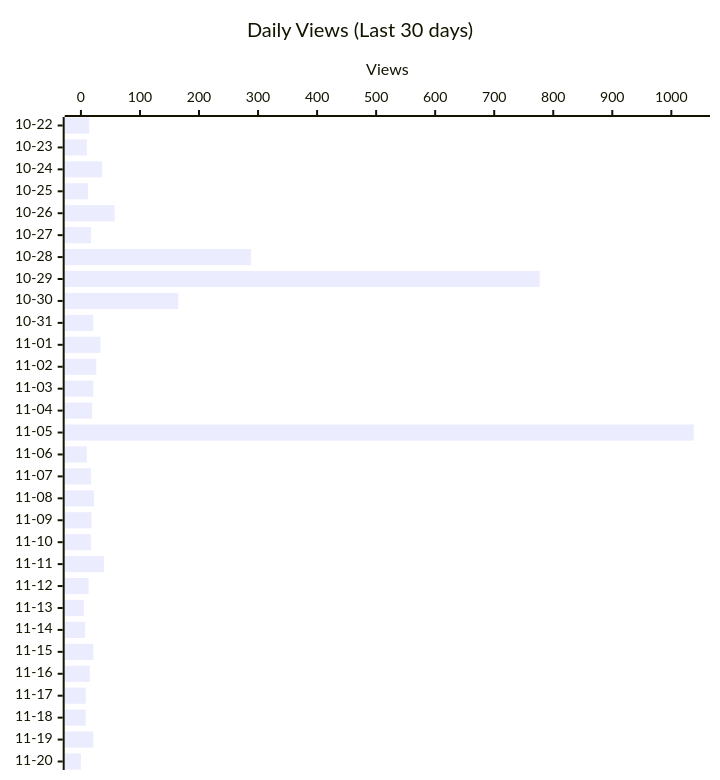
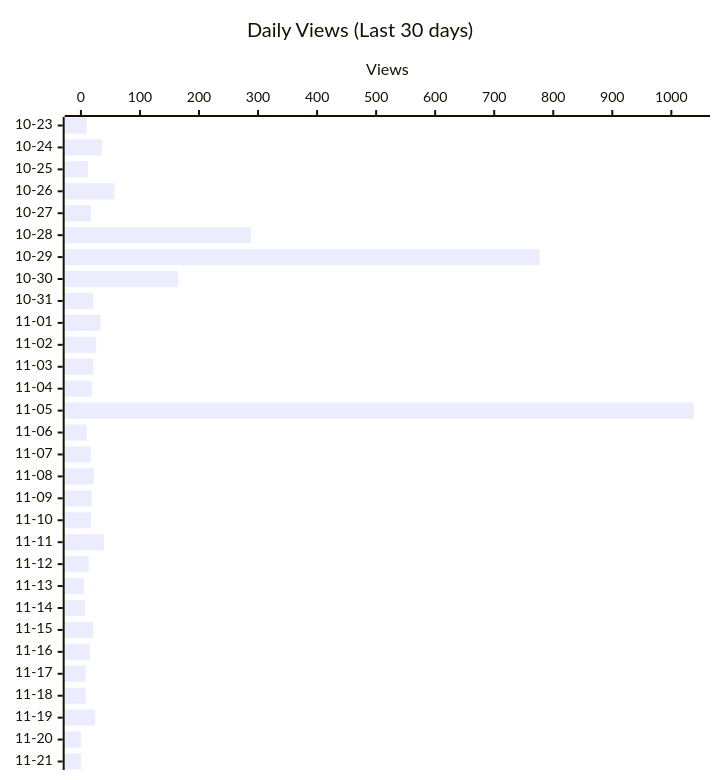
Before and after one commit to shigechika/github-insights: the second of 4 diagrams in README.md, drawn with Mermaid. The commit also changed other lines of this file and 1 other file, not shown here.

````diff
--- a/README.md
+++ b/README.md
@@ -28,12 +28,12 @@
 ```mermaid
 ---
 config:
   xyChart:
     height: 760
 ---
 xychart-beta horizontal
     title "Daily Views (Last 30 days)"
-    x-axis ["10-22", "10-23", "10-24", "10-25", "10-26", "10-27", "10-28", "10-29", "10-30", "10-31", "11-01", "11-02", "11-03", "11-04", "11-05", "11-06", "11-07", "11-08", "11-09", "11-10", "11-11", "11-12", "11-13", "11-14", "11-15", "11-16", "11-17", "11-18", "11-19", "11-20"]
+    x-axis ["10-23", "10-24", "10-25", "10-26", "10-27", "10-28", "10-29", "10-30", "10-31", "11-01", "11-02", "11-03", "11-04", "11-05", "11-06", "11-07", "11-08", "11-09", "11-10", "11-11", "11-12", "11-13", "11-14", "11-15", "11-16", "11-17", "11-18", "11-19", "11-20", "11-21"]
     y-axis "Views"
-    bar [14, 10, 36, 12, 57, 17, 288, 777, 165, 21, 33, 26, 21, 19, 1038, 10, 17, 22, 18, 17, 39, 13, 5, 7, 21, 15, 8, 8, 21, 0]
+    bar [10, 36, 12, 57, 17, 288, 777, 165, 21, 33, 26, 21, 19, 1038, 10, 17, 22, 18, 17, 39, 13, 5, 7, 21, 15, 8, 8, 24, 0, 0]
 ```
````
